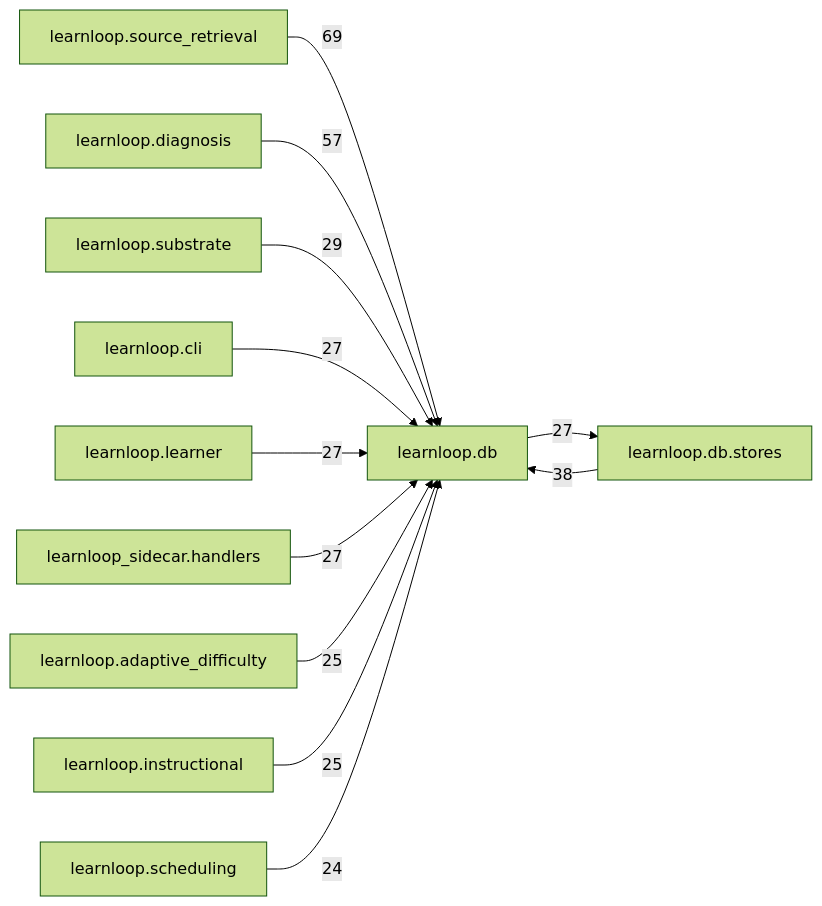
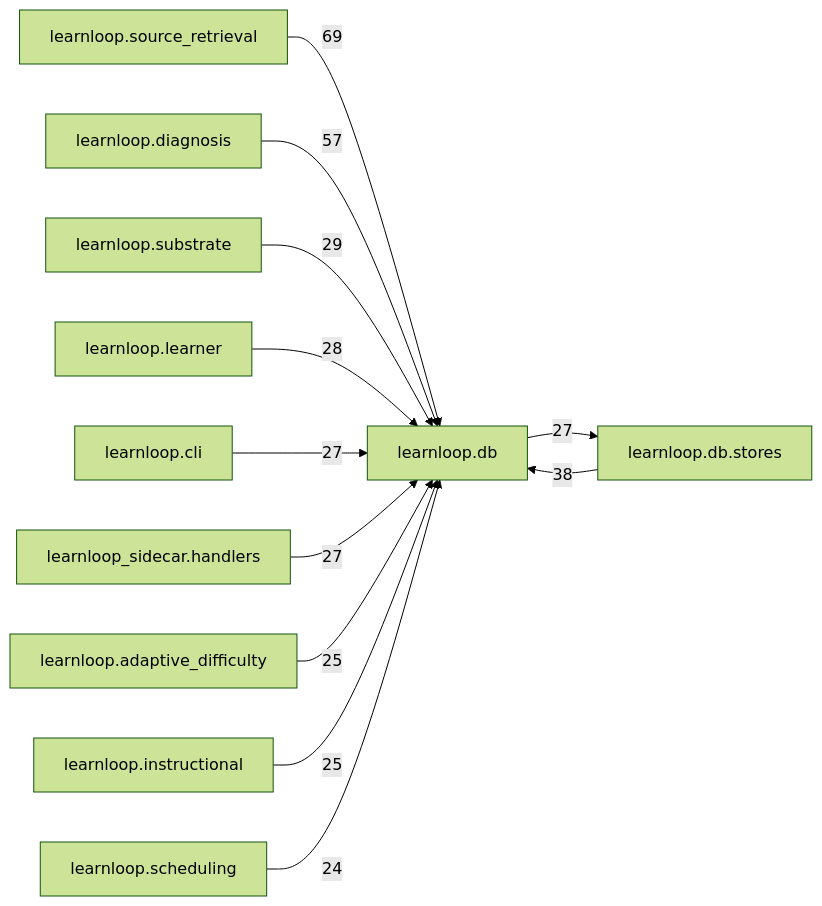
The diagram in docs/learnloop-architecture-vault/Reference/Modules/learnloop/db/_package.md (6up-b/learnanything), drawn with Mermaid (forest theme) before and after one commit. The commit also changed other lines of this file and 76 other files, not shown here.

````diff
--- a/docs/learnloop-architecture-vault/Reference/Modules/learnloop/db/_package.md
+++ b/docs/learnloop-architecture-vault/Reference/Modules/learnloop/db/_package.md
@@ -156,25 +156,25 @@
 ```mermaid
 flowchart LR
     center["learnloop.db"]
     n_learnloop_source_retrieval["learnloop.source_retrieval"]
     n_learnloop_db_stores["learnloop.db.stores"]
     n_learnloop_diagnosis["learnloop.diagnosis"]
     n_learnloop_substrate["learnloop.substrate"]
+    n_learnloop_learner["learnloop.learner"]
     n_learnloop_cli["learnloop.cli"]
-    n_learnloop_learner["learnloop.learner"]
     n_learnloop_sidecar_handlers["learnloop_sidecar.handlers"]
     n_learnloop_adaptive_difficulty["learnloop.adaptive_difficulty"]
     n_learnloop_instructional["learnloop.instructional"]
     n_learnloop_scheduling["learnloop.scheduling"]
     n_learnloop_source_retrieval -->|69| center
     n_learnloop_db_stores -->|38| center
     center -->|27| n_learnloop_db_stores
     n_learnloop_diagnosis -->|57| center
     n_learnloop_substrate -->|29| center
+    n_learnloop_learner -->|28| center
     n_learnloop_cli -->|27| center
-    n_learnloop_learner -->|27| center
     n_learnloop_sidecar_handlers -->|27| center
     n_learnloop_adaptive_difficulty -->|25| center
     n_learnloop_instructional -->|25| center
     n_learnloop_scheduling -->|24| center
 ```
````
